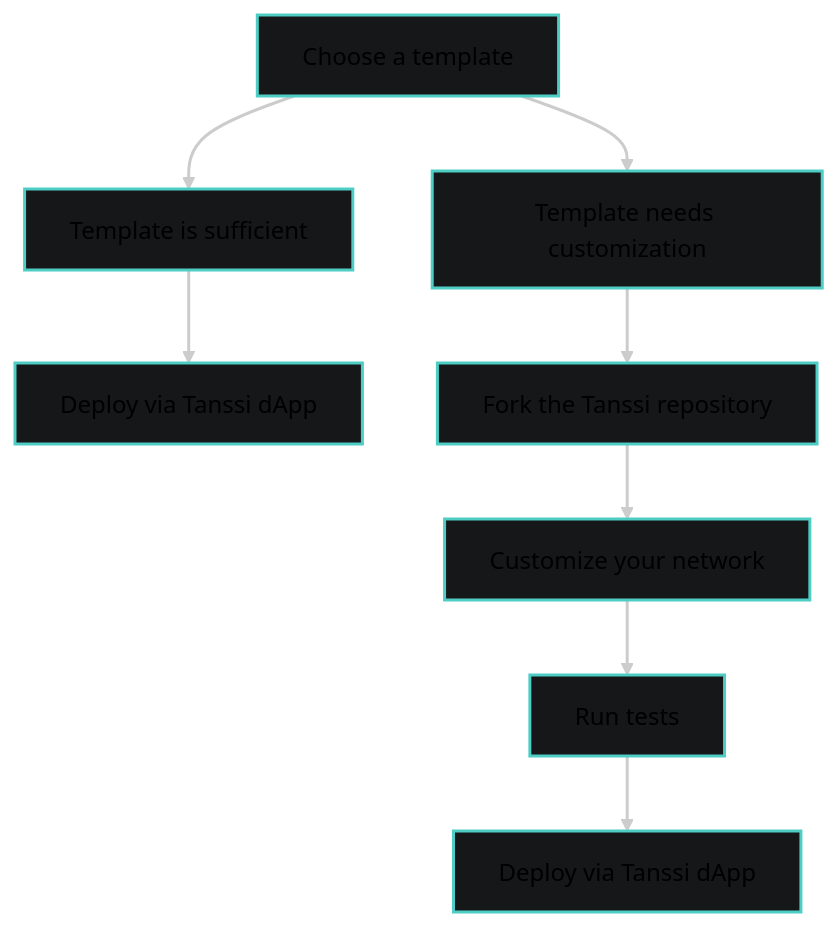
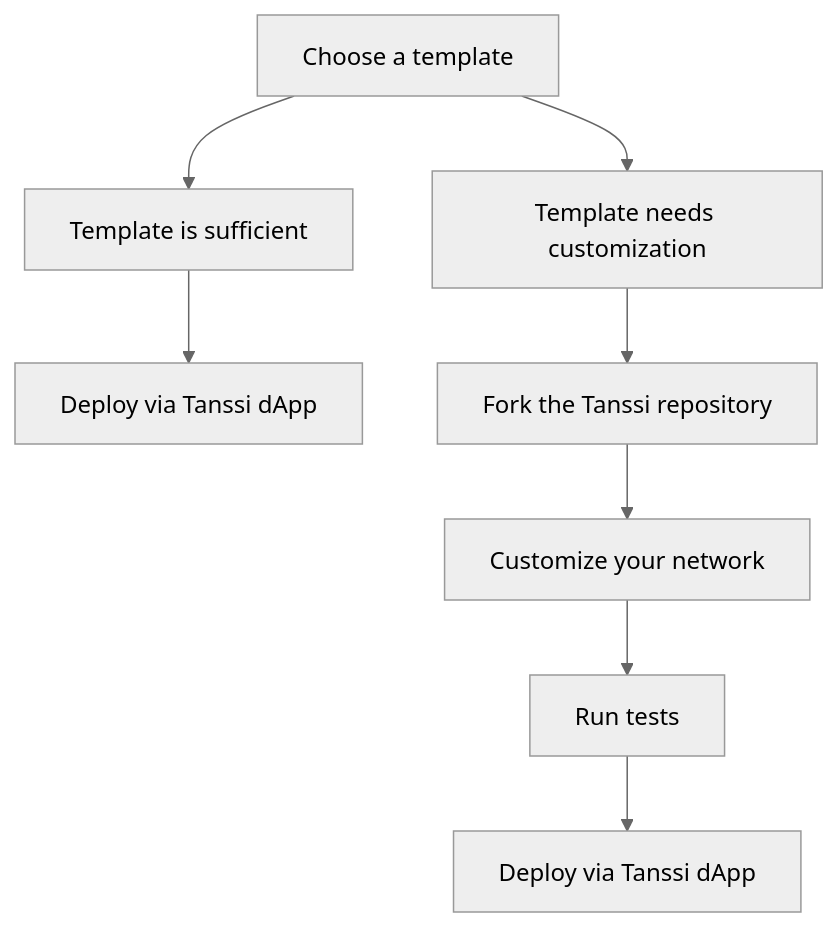
One commit to moondance-labs/tanssi-docs changed the diagram in builders/build/index.md. Above: the diagram before and after it, drawn with Mermaid (neutral theme). The commit also changed 2 other files, not shown here.

Commit message:
remove unnecessary styling

````diff
--- a/builders/build/index.md
+++ b/builders/build/index.md
@@ -16,25 +16,13 @@
 ```mermaid
 flowchart TD
     Start[Choose a template]
     Start --> Path1[Template is sufficient]
     Start --> Path2[Template needs customization]
 
     Path1 --> Deploy1[Deploy via Tanssi dApp]
 
     Path2 --> Fork[Fork the Tanssi repository]
     Fork --> Customize[Customize your network]
     Customize --> Test[Run tests]
     Test --> Deploy2[Deploy via Tanssi dApp]
-
-    style Path1 fill:#151719,stroke:#4ecdc4,stroke-width:2px
-    style Path2 fill:#151719,stroke:#4ecdc4,stroke-width:2px
-    style Fork fill:#151719,stroke:#4ecdc4,stroke-width:2px
-    style Customize fill:#151719,stroke:#4ecdc4,stroke-width:2px
-    style Test fill:#151719,stroke:#4ecdc4,stroke-width:2px
-    style Start fill:#151719,stroke:#4ecdc4,stroke-width:2px
-    style Deploy1 fill:#151719,stroke:#4ecdc4,stroke-width:2px
-    style Deploy2 fill:#151719,stroke:#4ecdc4,stroke-width:2px
-
-    %% arrow style
-    linkStyle default stroke-width:2px,stroke:#ccc
 ```
````
